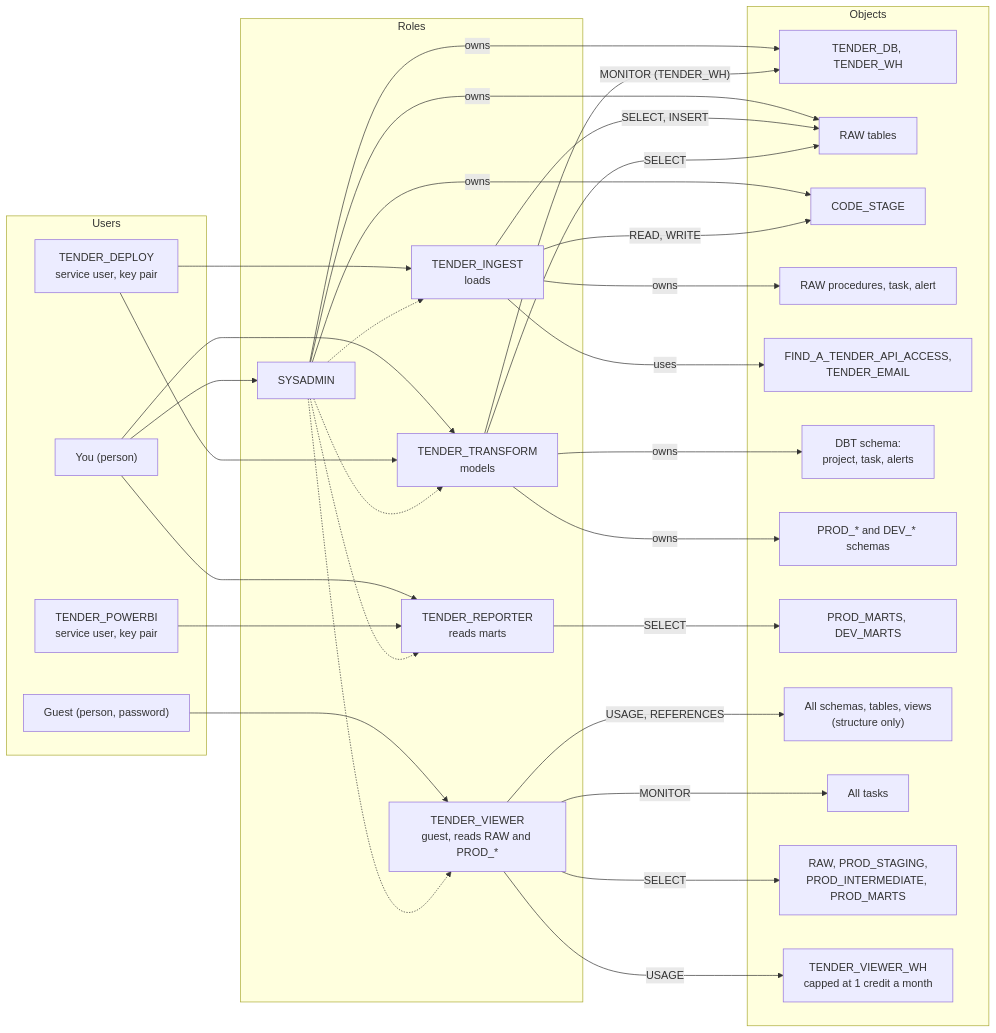
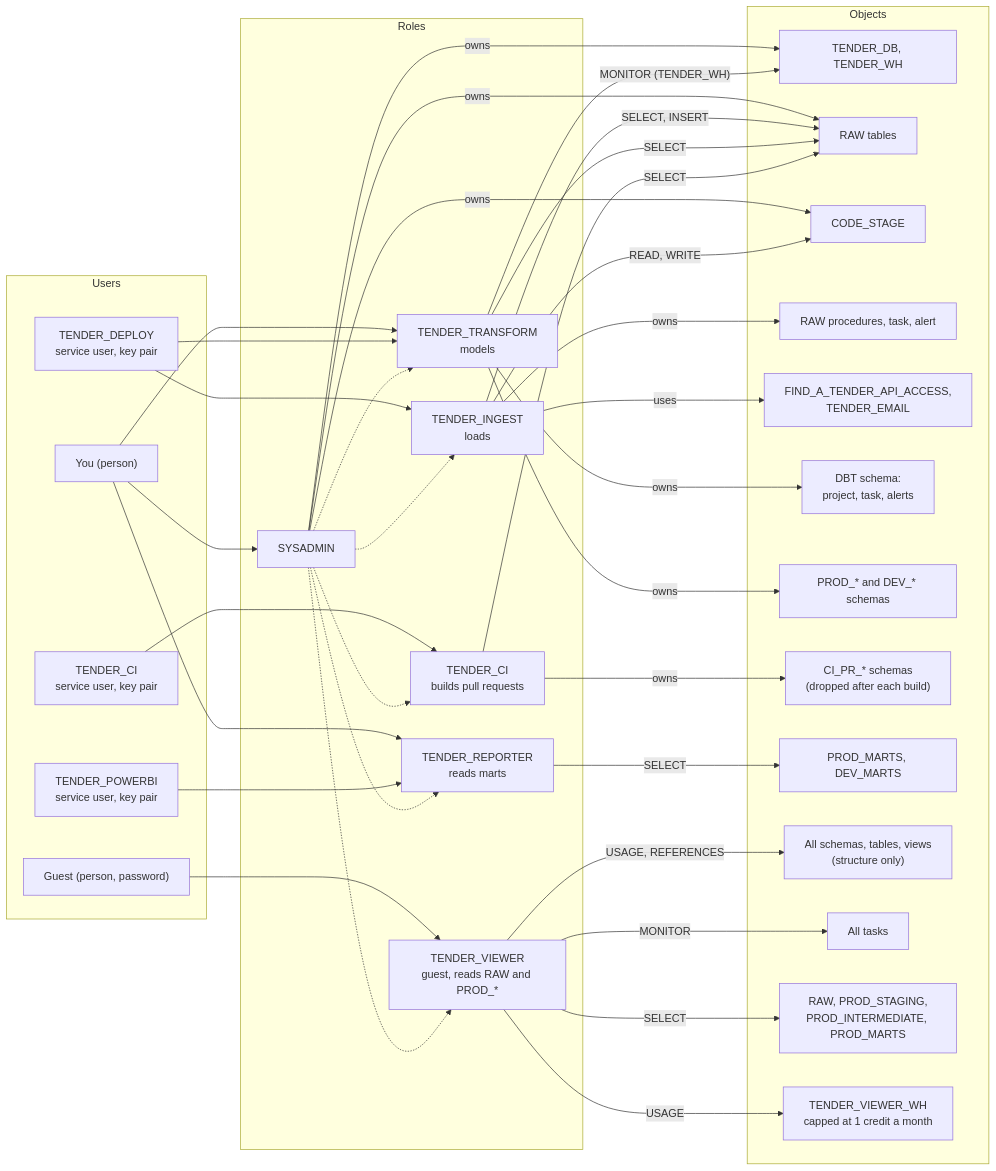
The diagram in docs/diagrams/security.md (jacekjastrzebski/uk-tenders-dbt-snowflake), drawn with Mermaid before and after one commit. The commit also changed other lines of this file and 23 other files, not shown here.

````diff
--- a/docs/diagrams/security.md
+++ b/docs/diagrams/security.md
@@ -9,50 +9,56 @@
 ```mermaid
 flowchart LR
     subgraph Users
         you["You (person)"]
         deploy["TENDER_DEPLOY<br/>service user, key pair"]
+        ciuser["TENDER_CI<br/>service user, key pair"]
         powerbi["TENDER_POWERBI<br/>service user, key pair"]
         guest["Guest (person, password)"]
     end
     subgraph Roles
         sysadmin["SYSADMIN"]
         ingest["TENDER_INGEST<br/>loads"]
         transform["TENDER_TRANSFORM<br/>models"]
         reporter["TENDER_REPORTER<br/>reads marts"]
+        cirole["TENDER_CI<br/>builds pull requests"]
         viewer["TENDER_VIEWER<br/>guest, reads RAW and PROD_*"]
     end
     subgraph Objects["Objects"]
         base["TENDER_DB, TENDER_WH"]
         raw["RAW tables"]
         stage["CODE_STAGE"]
         rawobj["RAW procedures, task, alert"]
         integrations["FIND_A_TENDER_API_ACCESS,<br/>TENDER_EMAIL"]
         dbtobj["DBT schema:<br/>project, task, alerts"]
         built["PROD_* and DEV_* schemas"]
+        cischemas["CI_PR_* schemas<br/>(dropped after each build)"]
         marts["PROD_MARTS, DEV_MARTS"]
         structure["All schemas, tables, views<br/>(structure only)"]
         tasks["All tasks"]
         guestdata["RAW, PROD_STAGING,<br/>PROD_INTERMEDIATE, PROD_MARTS"]
         guestwh["TENDER_VIEWER_WH<br/>capped at 1 credit a month"]
     end
 
     you --> sysadmin & transform & reporter
     deploy --> ingest & transform
+    ciuser --> cirole
     powerbi --> reporter
     guest --> viewer
-    sysadmin -.-> ingest & transform & reporter & viewer
+    sysadmin -.-> ingest & transform & reporter & viewer & cirole
 
     sysadmin -->|owns| base & raw & stage
     ingest -->|"SELECT, INSERT"| raw
     ingest -->|"READ, WRITE"| stage
     ingest -->|owns| rawobj
     ingest -->|uses| integrations
     transform -->|SELECT| raw
     transform -->|owns| dbtobj & built
     transform -->|"MONITOR (TENDER_WH)"| base
     reporter -->|SELECT| marts
+    cirole -->|SELECT| raw
+    cirole -->|owns| cischemas
     viewer -->|"USAGE, REFERENCES"| structure
     viewer -->|MONITOR| tasks
     viewer -->|SELECT| guestdata
     viewer -->|USAGE| guestwh
 ```
````
